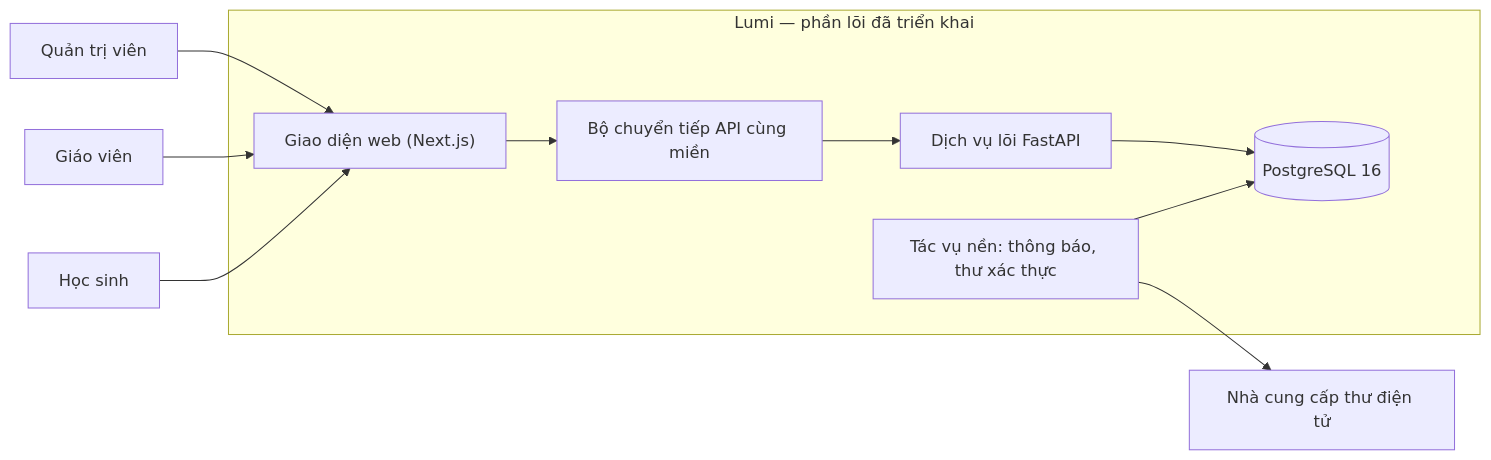
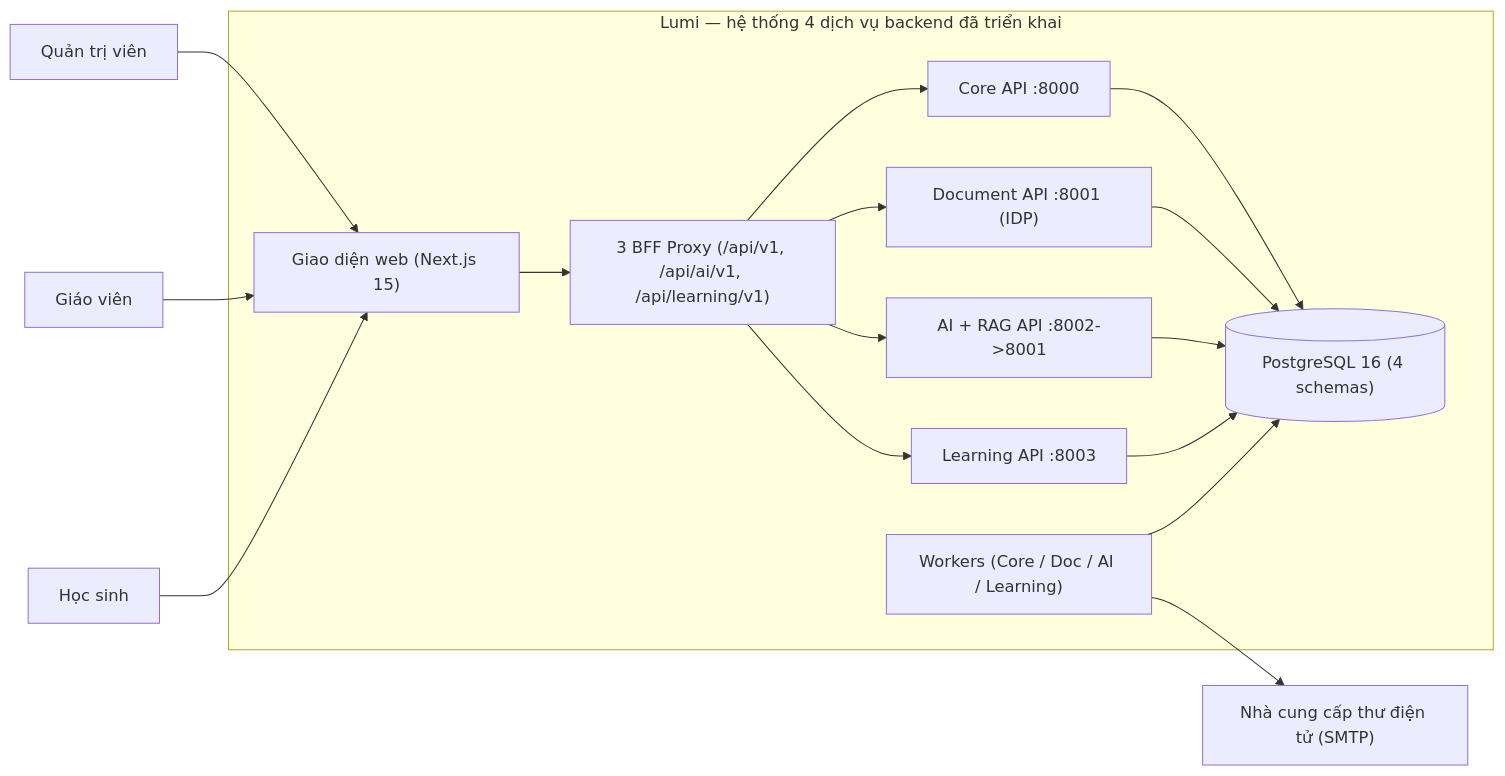
Before and after one commit to quantd0106/DATN: the diagram in docs/architect/lumi-design/diagrams_arch/A01_System_Context_Current.mmd, drawn with Mermaid. The commit also changed 107 other files, not shown here.

```diff
--- a/docs/architect/lumi-design/diagrams_arch/A01_System_Context_Current.mmd
+++ b/docs/architect/lumi-design/diagrams_arch/A01_System_Context_Current.mmd
@@ -1,11 +1,14 @@
 flowchart LR
   A["Quản trị viên"] --> W
   T["Giáo viên"] --> W
   S["Học sinh"] --> W
-  subgraph Lumi["Lumi — phần lõi đã triển khai"]
-    W["Giao diện web (Next.js)"] --> P["Bộ chuyển tiếp API cùng miền"]
-    P --> C["Dịch vụ lõi FastAPI"]
-    C --> DB[("PostgreSQL 16")]
-    BW["Tác vụ nền: thông báo, thư xác thực"] --> DB
+  subgraph Lumi["Lumi — hệ thống 4 dịch vụ backend đã triển khai"]
+    W["Giao diện web (Next.js 15)"] --> P["3 BFF Proxy (/api/v1, /api/ai/v1, /api/learning/v1)"]
+    P --> C["Core API :8000"]
+    P --> D["Document API :8001 (IDP)"]
+    P --> AI["AI + RAG API :8002->8001"]
+    P --> L["Learning API :8003"]
+    C & D & AI & L --> DB[("PostgreSQL 16 (4 schemas)")]
+    BW["Workers (Core / Doc / AI / Learning)"] --> DB
   end
-  BW --> SMTP["Nhà cung cấp thư điện tử"]
+  BW --> SMTP["Nhà cung cấp thư điện tử (SMTP)"]
```
